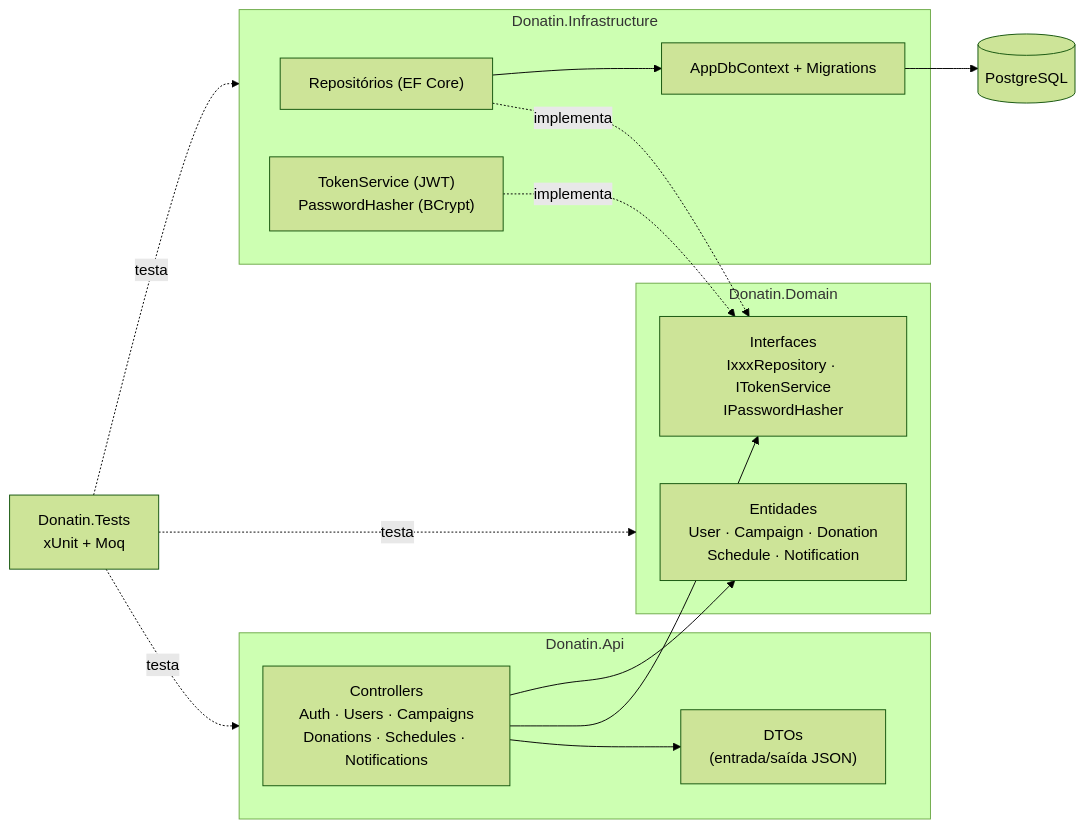
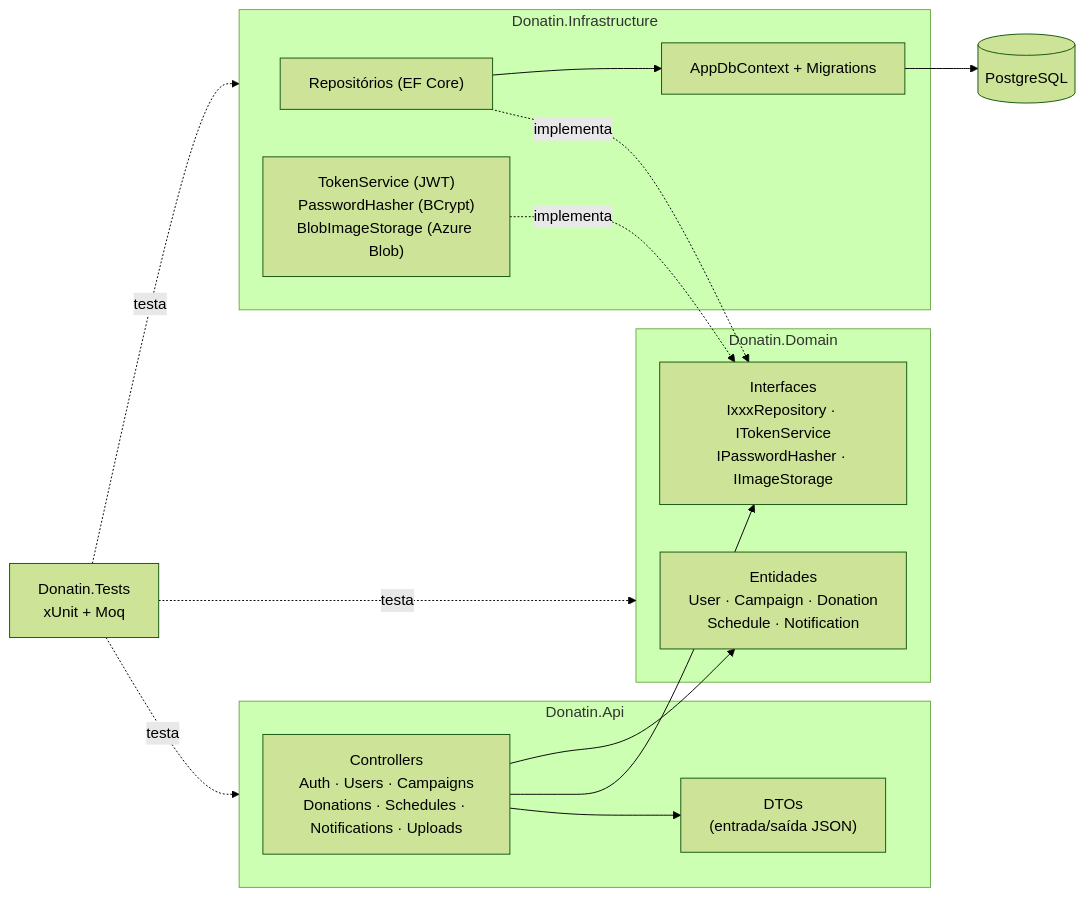
The third of 4 diagrams in docs/wiki/Arquitetura.md (guilhermepaluski/Donatin), drawn with Mermaid (forest theme) before and after one commit. The commit also changed other lines of this file and 6 other files, not shown here.

Commit message:
docs: update wiki for image upload to Azure Blob Storage

````diff
--- a/docs/wiki/Arquitetura.md
+++ b/docs/wiki/Arquitetura.md
@@ -53,28 +57,28 @@
 ```mermaid
 flowchart LR
     subgraph Api["Donatin.Api"]
-        C["Controllers<br/>Auth · Users · Campaigns<br/>Donations · Schedules · Notifications"]
+        C["Controllers<br/>Auth · Users · Campaigns<br/>Donations · Schedules · Notifications · Uploads"]
         DTO["DTOs<br/>(entrada/saída JSON)"]
     end
     subgraph Domain["Donatin.Domain"]
         E["Entidades<br/>User · Campaign · Donation<br/>Schedule · Notification"]
-        I["Interfaces<br/>IxxxRepository · ITokenService<br/>IPasswordHasher"]
+        I["Interfaces<br/>IxxxRepository · ITokenService<br/>IPasswordHasher · IImageStorage"]
     end
     subgraph Infra["Donatin.Infrastructure"]
         R["Repositórios (EF Core)"]
-        S["TokenService (JWT)<br/>PasswordHasher (BCrypt)"]
+        S["TokenService (JWT)<br/>PasswordHasher (BCrypt)<br/>BlobImageStorage (Azure Blob)"]
         Ctx["AppDbContext + Migrations"]
     end
     T["Donatin.Tests<br/>xUnit + Moq"]
 
     C --> DTO
     C --> I
     C --> E
     R -.implementa.-> I
     S -.implementa.-> I
     R --> Ctx
     Ctx --> PG[("PostgreSQL")]
     T -.testa.-> Api
     T -.testa.-> Domain
     T -.testa.-> Infra
 ```
````
